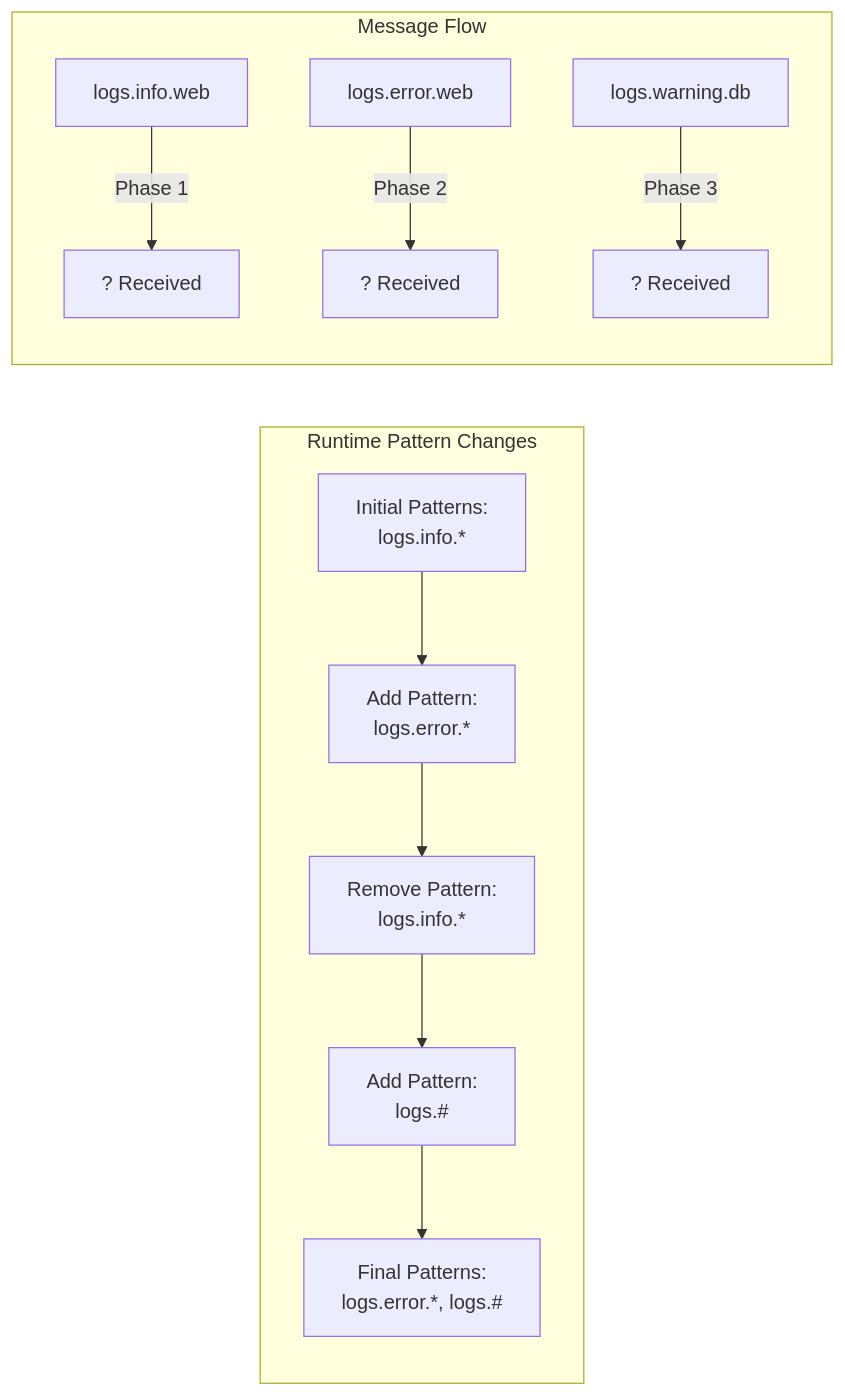
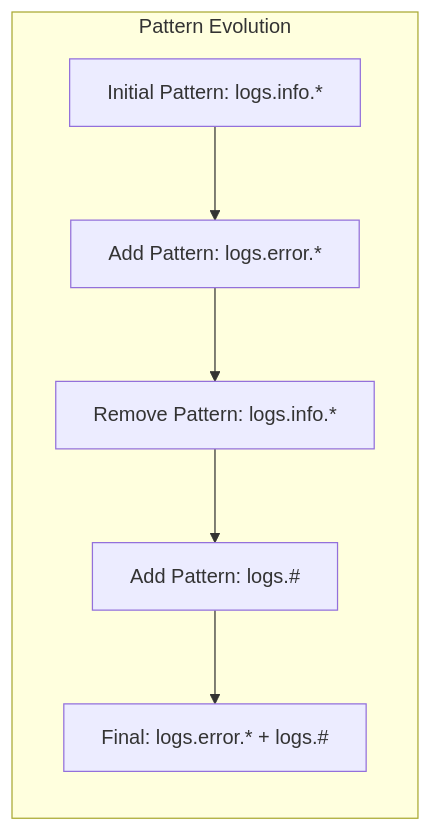
The fourth of 5 diagrams in RabbitTests/UseCase4_Topics/UseCase4_README.md (egarim/RabbitTests), drawn with Mermaid before and after one commit. The commit also changed other lines of this file and 7 other files, not shown here.

````diff
--- a/RabbitTests/UseCase4_Topics/UseCase4_README.md
+++ b/RabbitTests/UseCase4_Topics/UseCase4_README.md
@@ -140,15 +140,9 @@
 ```mermaid
 graph LR
-    subgraph "Runtime Pattern Changes"
-        A[Initial Patterns:<br/>logs.info.*] --> B[Add Pattern:<br/>logs.error.*]
-        B --> C[Remove Pattern:<br/>logs.info.*]
-        C --> D[Add Pattern:<br/>logs.#]
-        D --> E[Final Patterns:<br/>logs.error.*, logs.#]
-    end
-    
-    subgraph "Message Flow"
-        M1[logs.info.web] --> |Phase 1| R1[? Received]
-        M2[logs.error.web] --> |Phase 2| R2[? Received]
-        M3[logs.warning.db] --> |Phase 3| R3[? Received]
+    subgraph "Pattern Evolution"
+        A[Initial Pattern: logs.info.*] --> B[Add Pattern: logs.error.*]
+        B --> C[Remove Pattern: logs.info.*]
+        C --> D[Add Pattern: logs.#]
+        D --> E[Final: logs.error.* + logs.#]
     end
 ```
````
